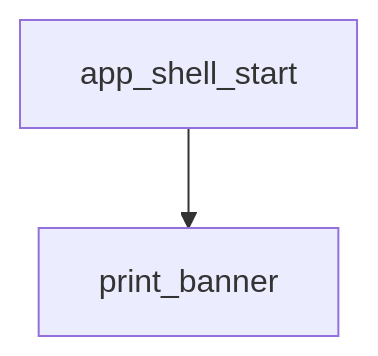
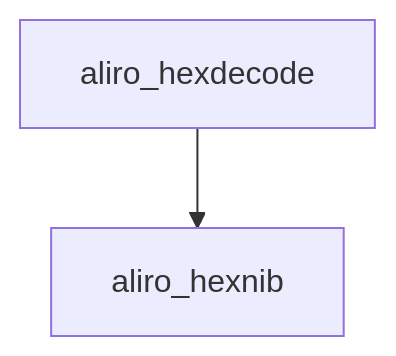
One commit to jonathan-shc/UWB changed the diagram in docs/architecture/ports.esp32.apps.matter-lock.main/app_shell.cpp.md. Above: the diagram before and after it, drawn with Mermaid. The commit also changed other lines of this file and 58 other files, not shown here.

````diff
--- a/docs/architecture/ports.esp32.apps.matter-lock.main/app_shell.cpp.md
+++ b/docs/architecture/ports.esp32.apps.matter-lock.main/app_shell.cpp.md
@@ -8,4 +8,4 @@
 ```mermaid
 flowchart TD
-  app_shell_start --> print_banner
+  aliro_hexdecode --> aliro_hexnib
 ```
````
